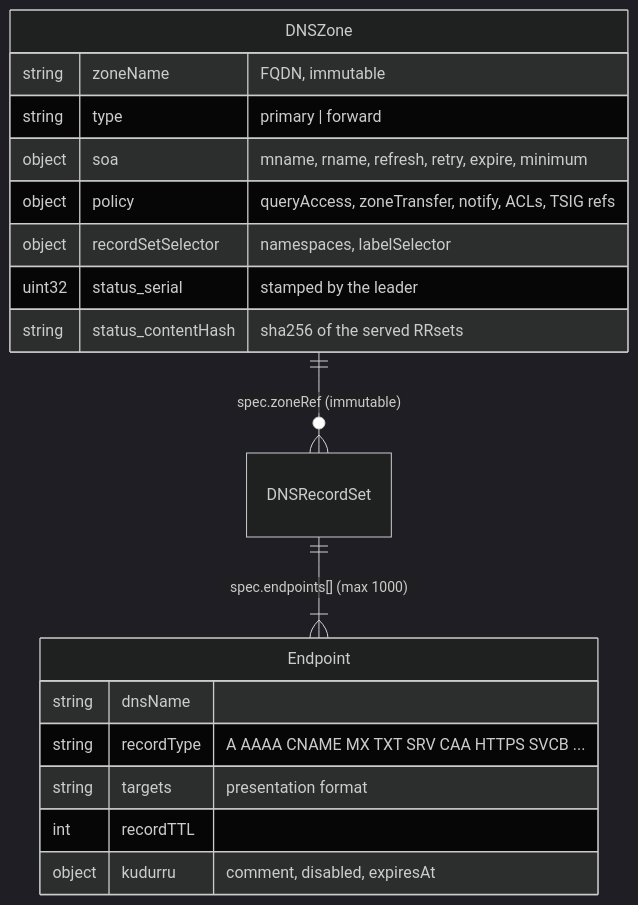
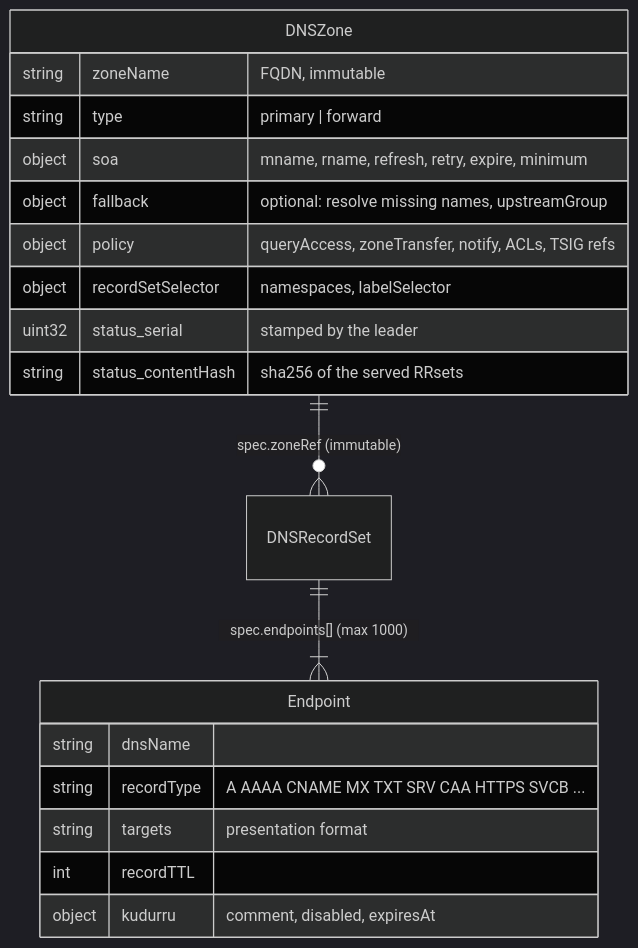
Before and after one commit to robertherbaugh/kudurru: the first of 3 diagrams in docs/architecture/zones.md, drawn with Mermaid (dark theme). The commit also changed other lines of this file and 29 other files, not shown here.

Commit message:
feat(dns): add missing-name fallback for local zones

````diff
--- a/docs/architecture/zones.md
+++ b/docs/architecture/zones.md
@@ -14,21 +15,22 @@
 ```mermaid
 erDiagram
     DNSZone ||--o{ DNSRecordSet : "spec.zoneRef (immutable)"
     DNSRecordSet ||--|{ Endpoint : "spec.endpoints[] (max 1000)"
     DNSZone {
         string zoneName "FQDN, immutable"
         string type "primary | forward"
         object soa "mname, rname, refresh, retry, expire, minimum"
+        object fallback "optional: resolve missing names, upstreamGroup"
         object policy "queryAccess, zoneTransfer, notify, ACLs, TSIG refs"
         object recordSetSelector "namespaces, labelSelector"
         uint32 status_serial "stamped by the leader"
         string status_contentHash "sha256 of the served RRsets"
     }
     Endpoint {
         string dnsName
         string recordType "A AAAA CNAME MX TXT SRV CAA HTTPS SVCB ..."
         string targets "presentation format"
         int recordTTL
         object kudurru "comment, disabled, expiresAt"
     }
 ```
````
